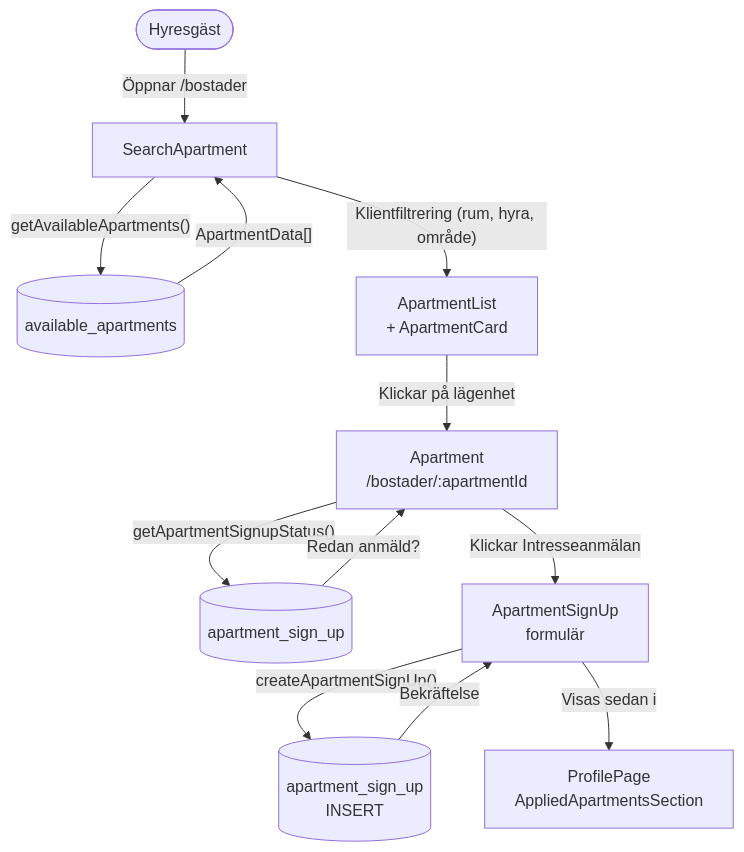
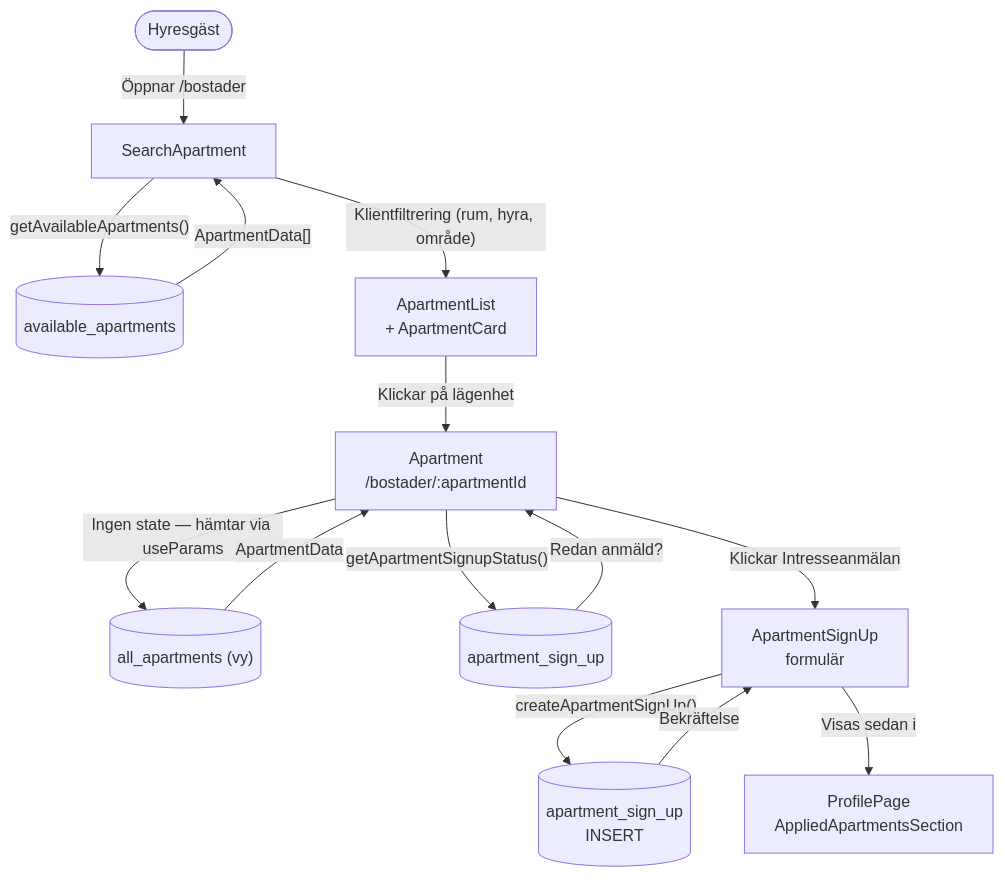
Before and after one commit to niloscar/boendeportalen: the fourth of 8 diagrams in docs/data-flow-diagram.md, drawn with Mermaid. The commit also changed other lines of this file, not shown here.

Commit message:
docs: update data flow diagram with new apartment data flow and feature flags

````diff
--- a/docs/data-flow-diagram.md
+++ b/docs/data-flow-diagram.md
@@ -126,17 +126,19 @@
 ```mermaid
 flowchart TD
     USER([Hyresgäst]) -->|"Öppnar /bostader"| SA["SearchApartment"]
     SA -->|"getAvailableApartments()"| DB[("available_apartments")]
     DB -->|"ApartmentData[]"| SA
     SA -->|"Klientfiltrering (rum, hyra, område)"| LIST["ApartmentList<br/>+ ApartmentCard"]
 
     LIST -->|"Klickar på lägenhet"| DET["Apartment<br/>/bostader/:apartmentId"]
+    DET -->|"Ingen state — hämtar via useParams"| DB0[("all_apartments (vy)")]
+    DB0 -->|"ApartmentData"| DET
     DET -->|"getApartmentSignupStatus()"| DB2[("apartment_sign_up")]
     DB2 -->|"Redan anmäld?"| DET
 
     DET -->|"Klickar Intresseanmälan"| FORM["ApartmentSignUp<br/>formulär"]
     FORM -->|"createApartmentSignUp()"| DB3[("apartment_sign_up<br/>INSERT")]
     DB3 -->|Bekräftelse| FORM
 
     FORM -->|"Visas sedan i"| PROF["ProfilePage<br/>AppliedApartmentsSection"]
 ```
````
